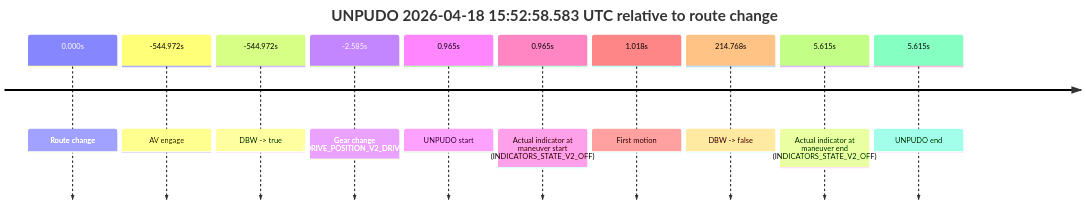
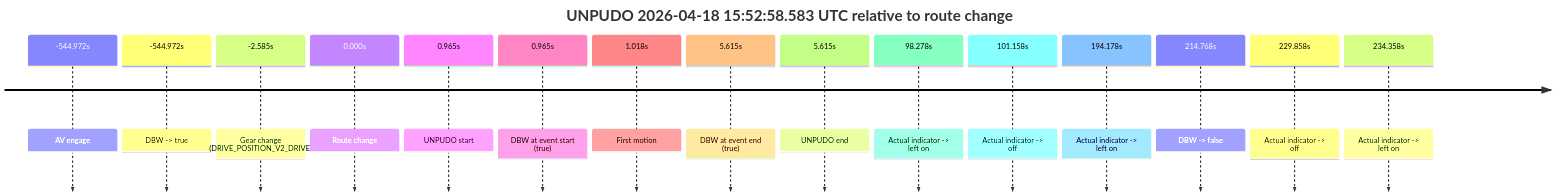
Before and after one commit to yoelshapiro/vault: the second of 2 diagrams in model_analysis/report_cards/2026/04/Week-3/fme20002--2026-04-18--15-33-20--gen2-av-4e8801a7-8292-4750-a65c-237f1a683f8e.md, drawn with Mermaid. The commit also changed other lines of this file and 32 other files, not shown here.

````diff
--- a/model_analysis/report_cards/2026/04/Week-3/fme20002--2026-04-18--15-33-20--gen2-av-4e8801a7-8292-4750-a65c-237f1a683f8e.md
+++ b/model_analysis/report_cards/2026/04/Week-3/fme20002--2026-04-18--15-33-20--gen2-av-4e8801a7-8292-4750-a65c-237f1a683f8e.md
@@ -215,14 +155,19 @@
 ```mermaid
 timeline
     title UNPUDO 2026-04-18 15:52:58.583 UTC relative to route change
-    0.000s : Route change
     -544.972s : AV engage
     -544.972s : DBW -> true
     -2.585s : Gear change (DRIVE_POSITION_V2_DRIVE)
+    0.000s : Route change
     0.965s : UNPUDO start
-    0.965s : Actual indicator at maneuver start (INDICATORS_STATE_V2_OFF)
+    0.965s : DBW at event start (true)
     1.018s : First motion
+    5.615s : DBW at event end (true)
+    5.615s : UNPUDO end
+    98.278s : Actual indicator -> left on
+    101.158s : Actual indicator -> off
+    194.178s : Actual indicator -> left on
     214.768s : DBW -> false
-    5.615s : Actual indicator at maneuver end (INDICATORS_STATE_V2_OFF)
-    5.615s : UNPUDO end
+    229.858s : Actual indicator -> off
+    234.358s : Actual indicator -> left on
 ```
````
